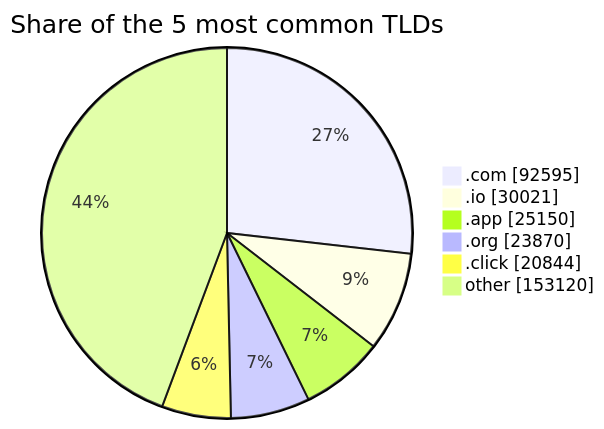
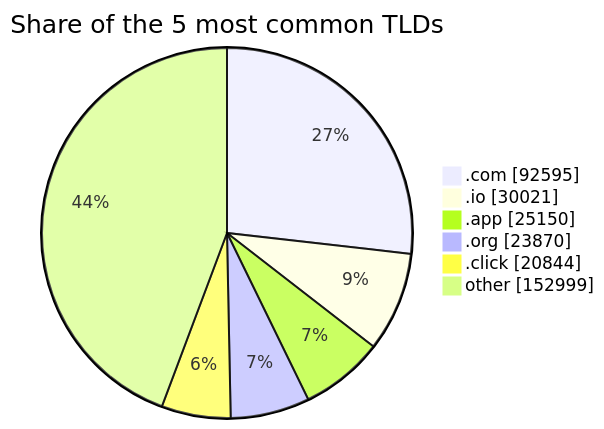
Before and after one commit to DNSBunker/CTI: the third of 3 diagrams in README.md, drawn with Mermaid. The commit also changed other lines of this file and 4 other files, not shown here.

````diff
--- a/README.md
+++ b/README.md
@@ -81,9 +81,9 @@
 ```mermaid
 pie showData title Share of the 5 most common TLDs
     ".com" : 92595
     ".io" : 30021
     ".app" : 25150
     ".org" : 23870
     ".click" : 20844
-    "other" : 153120
+    "other" : 152999
 ```
````
